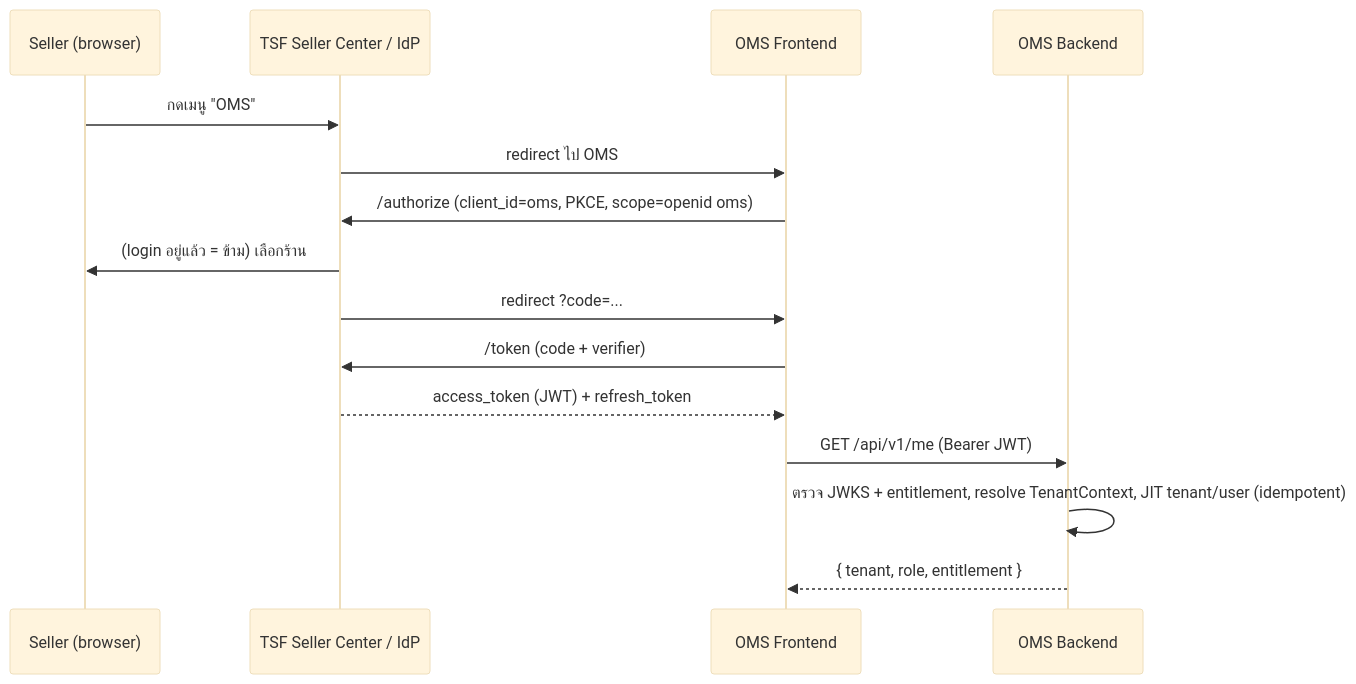
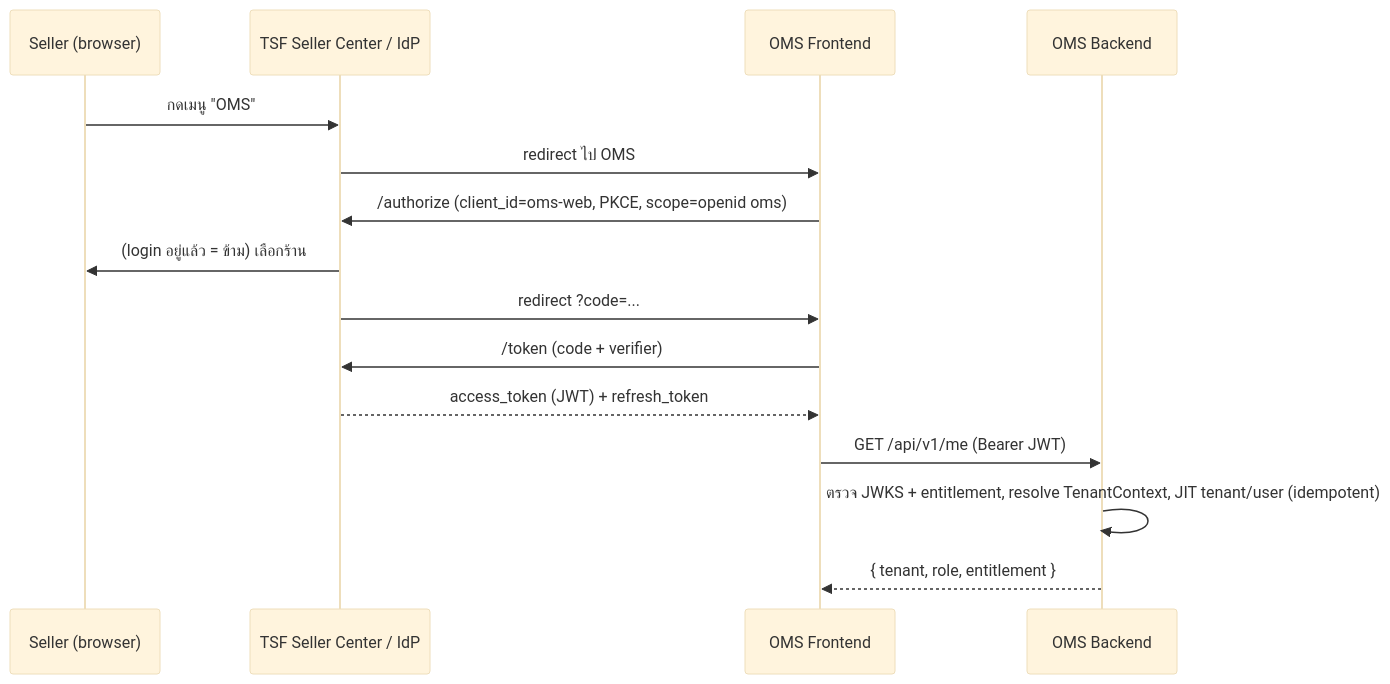
One commit to Narote-Dev/ThaiShopFun-OMS changed the diagram in docs/plan/04-api-contract.md. Above: the diagram before and after it, drawn with Mermaid (base theme). The commit also changed other lines of this file and 42 other files, not shown here.

````diff
--- a/docs/plan/04-api-contract.md
+++ b/docs/plan/04-api-contract.md
@@ -42,17 +42,17 @@
 ```mermaid
 sequenceDiagram
   participant U as Seller (browser)
   participant T as TSF Seller Center / IdP
   participant F as OMS Frontend
   participant B as OMS Backend
   U->>T: กดเมนู "OMS"
   T->>F: redirect ไป OMS
-  F->>T: /authorize (client_id=oms, PKCE, scope=openid oms)
+  F->>T: /authorize (client_id=oms-web, PKCE, scope=openid oms)
   T->>U: (login อยู่แล้ว = ข้าม) เลือกร้าน
   T->>F: redirect ?code=...
   F->>T: /token (code + verifier)
   T-->>F: access_token (JWT) + refresh_token
   F->>B: GET /api/v1/me (Bearer JWT)
   B->>B: ตรวจ JWKS + entitlement, resolve TenantContext, JIT tenant/user (idempotent)
   B-->>F: { tenant, role, entitlement }
 ```
````
